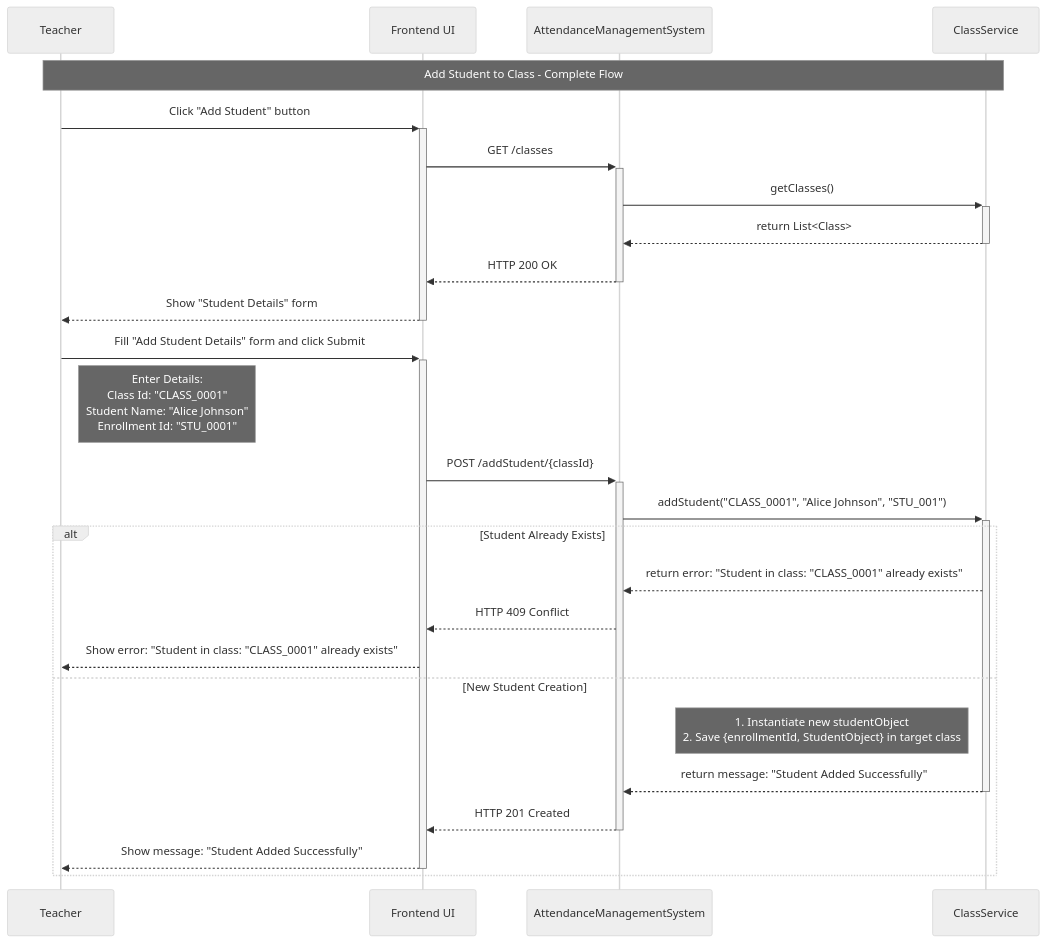
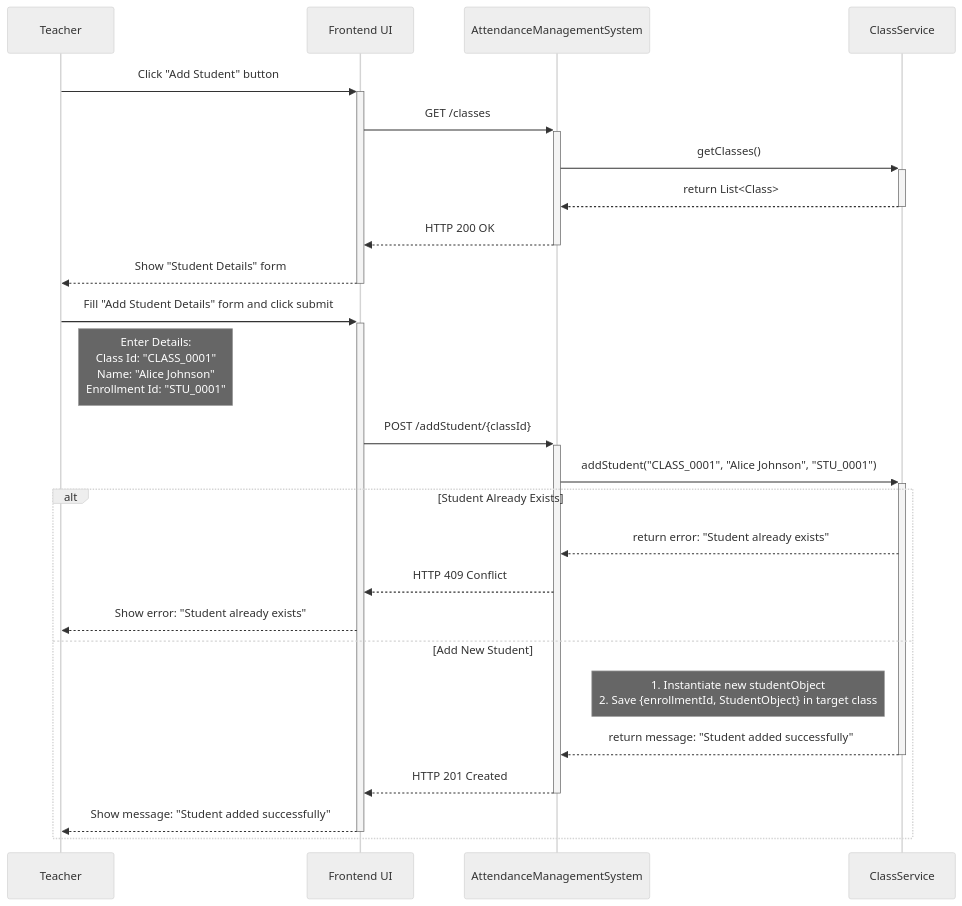
Before and after one commit to NishchayAnand/software-engineering: the second of 4 diagrams in Backend Engineering/Case Studies/Case Study 1. Attendance Management System/Documentation/2. Sequence Flow.md, drawn with Mermaid (neutral theme). The commit also changed other lines of this file and 3 other files, not shown here.

Commit message:
finalizing sequence flow documentation

````diff
--- a/Backend Engineering/Case Studies/Case Study 1. Attendance Management System/Documentation/2. Sequence Flow.md
+++ b/Backend Engineering/Case Studies/Case Study 1. Attendance Management System/Documentation/2. Sequence Flow.md
@@ -81,34 +78,31 @@
 ```mermaid
 sequenceDiagram
 	participant T as Teacher
 	participant UI as Frontend UI
 	participant AMS as AttendanceManagementSystem
 	participant CS as ClassService
-
-	Note over T,CS: Add Student to Class - Complete Flow
 
 	%% Interaction 1: Click the "Add Student" Button
 	T->>+UI: Click "Add Student" button
 	UI->>+AMS: GET /classes
 	AMS->>+CS: getClasses()
 	CS-->>-AMS: return List<Class>
 	AMS-->>-UI: HTTP 200 OK
 	UI-->>-T: Show "Student Details" form
 
 	%% Interaction 2: Submit "Add Student Details" Form
-	T->>+UI: Fill "Add Student Details" form and click Submit
-	Note right of T: Enter Details: <br/> Class Id: "CLASS_0001"<br/>Student Name: "Alice Johnson" <br/>Enrollment Id: "STU_0001"
+	T->>+UI: Fill "Add Student Details" form and click submit
+	Note right of T: Enter Details: <br/> Class Id: "CLASS_0001"<br/>Name: "Alice Johnson"<br/>Enrollment Id: "STU_0001"
 	UI->>+AMS: POST /addStudent/{classId}
-
-	AMS->>+CS: addStudent("CLASS_0001", "Alice Johnson", "STU_001")
+	AMS->>+CS: addStudent("CLASS_0001", "Alice Johnson", "STU_0001")
 	alt Student Already Exists
-		CS-->>AMS: return error: "Student in class: "CLASS_0001" already exists"
+		CS-->>AMS: return error: "Student already exists"
 		AMS-->>UI: HTTP 409 Conflict
-		UI-->>T: Show error: "Student in class: "CLASS_0001" already exists"
-	else New Student Creation
+		UI-->>T: Show error: "Student already exists"
+	else Add New Student
 		Note left of CS: 1. Instantiate new studentObject <br/> 2. Save {enrollmentId, StudentObject} in target class
-		CS-->>-AMS: return message: "Student Added Successfully"
+		CS-->>-AMS: return message: "Student added successfully"
 		AMS-->>-UI: HTTP 201 Created
-		UI-->>-T: Show message: "Student Added Successfully"
+		UI-->>-T: Show message: "Student added successfully"
 	end
 ```
````
